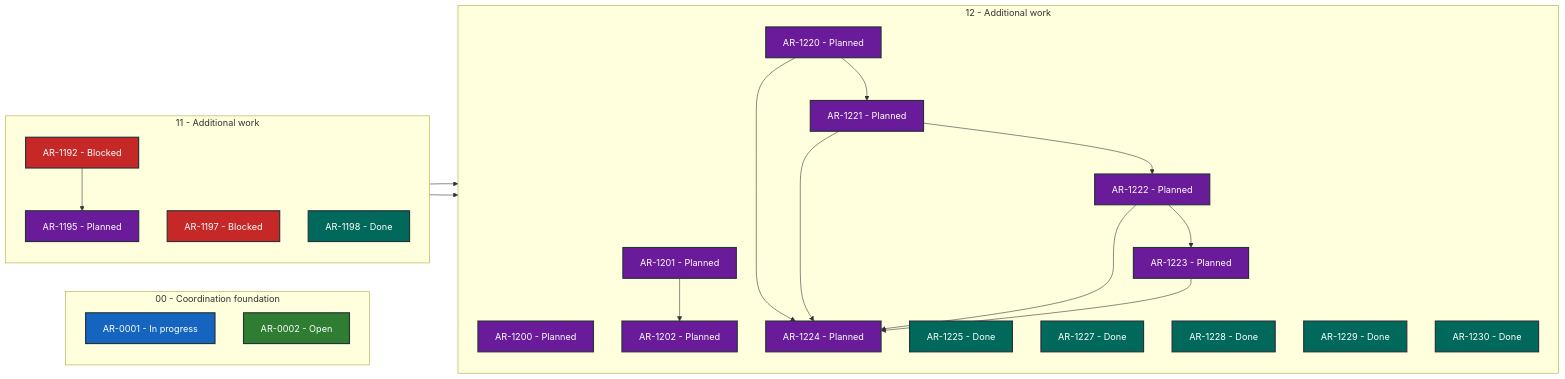
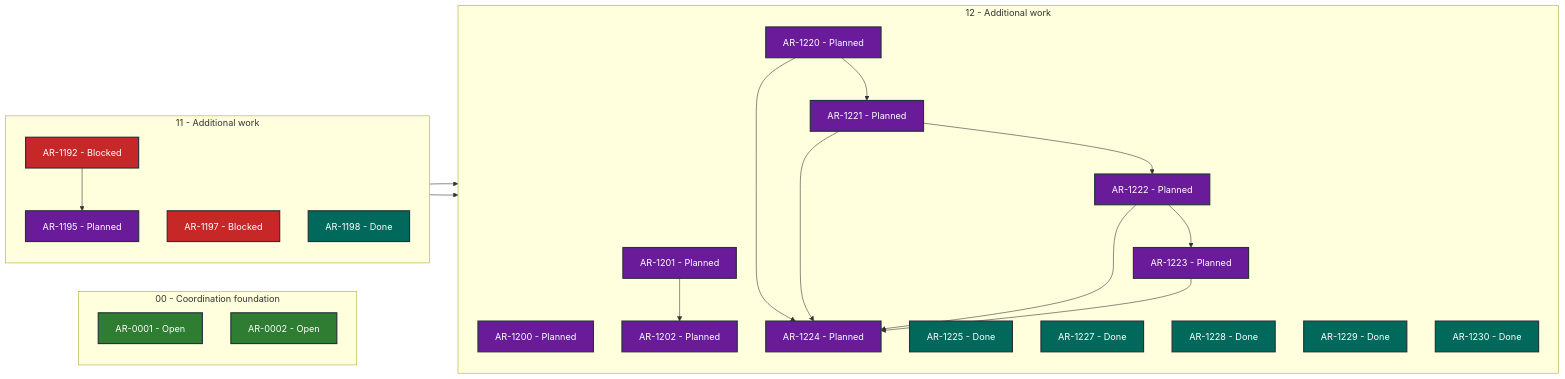
Before and after one commit to martin-beck/asb-tui-state: the diagram in STATUS.md, drawn with Mermaid. The commit also changed other lines of this file and 2 other files, not shown here.

````diff
--- a/STATUS.md
+++ b/STATUS.md
@@ -27,50 +27,50 @@
 ```mermaid
 flowchart LR
     subgraph series_00["00 - Coordination foundation"]
         direction TB
-        AR_0001["AR-0001 - In progress"]:::status_in_progress
+        AR_0001["AR-0001 - Open"]:::status_open
         AR_0002["AR-0002 - Open"]:::status_open
     end
     subgraph series_11["11 - Additional work"]
         direction TB
         AR_1192["AR-1192 - Blocked"]:::status_blocked
         AR_1195["AR-1195 - Planned"]:::status_planned
         AR_1197["AR-1197 - Blocked"]:::status_blocked
         AR_1198["AR-1198 - Done"]:::status_done
     end
     subgraph series_12["12 - Additional work"]
         direction TB
         AR_1200["AR-1200 - Planned"]:::status_planned
         AR_1201["AR-1201 - Planned"]:::status_planned
         AR_1202["AR-1202 - Planned"]:::status_planned
         AR_1220["AR-1220 - Planned"]:::status_planned
         AR_1221["AR-1221 - Planned"]:::status_planned
         AR_1222["AR-1222 - Planned"]:::status_planned
         AR_1223["AR-1223 - Planned"]:::status_planned
         AR_1224["AR-1224 - Planned"]:::status_planned
         AR_1225["AR-1225 - Done"]:::status_done
         AR_1227["AR-1227 - Done"]:::status_done
         AR_1228["AR-1228 - Done"]:::status_done
         AR_1229["AR-1229 - Done"]:::status_done
         AR_1230["AR-1230 - Done"]:::status_done
     end
     AR_1192 --> AR_1195
     AR_1195 --> AR_1200
     AR_1197 --> AR_1201
     AR_1201 --> AR_1202
     AR_1220 --> AR_1221
     AR_1220 --> AR_1224
     AR_1221 --> AR_1222
     AR_1221 --> AR_1224
     AR_1222 --> AR_1223
     AR_1222 --> AR_1224
     AR_1223 --> AR_1224
     classDef status_in_progress fill:#1565c0,color:#ffffff,stroke:#263238,stroke-width:2px
     classDef status_open fill:#2e7d32,color:#ffffff,stroke:#263238,stroke-width:2px
     classDef status_blocked fill:#c62828,color:#ffffff,stroke:#263238,stroke-width:2px
     classDef status_planned fill:#6a1b9a,color:#ffffff,stroke:#263238,stroke-width:2px
     classDef status_future fill:#455a64,color:#ffffff,stroke:#263238,stroke-width:2px
     classDef status_done fill:#00695c,color:#ffffff,stroke:#263238,stroke-width:2px
     classDef status_cancelled fill:#616161,color:#ffffff,stroke:#263238,stroke-width:2px
     classDef status_superseded fill:#5d4037,color:#ffffff,stroke:#263238,stroke-width:2px
 ```
````
